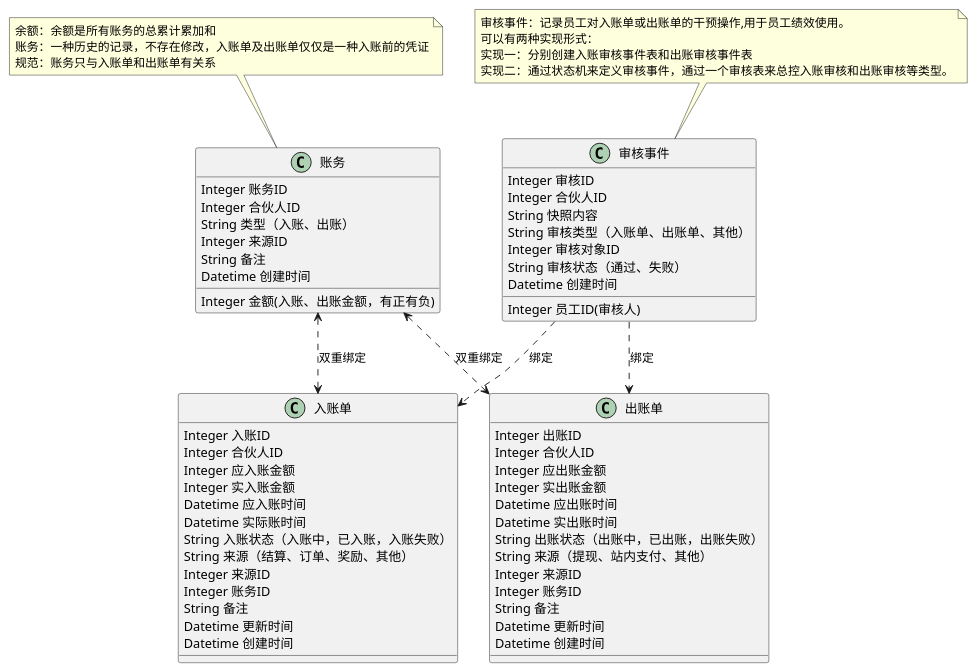
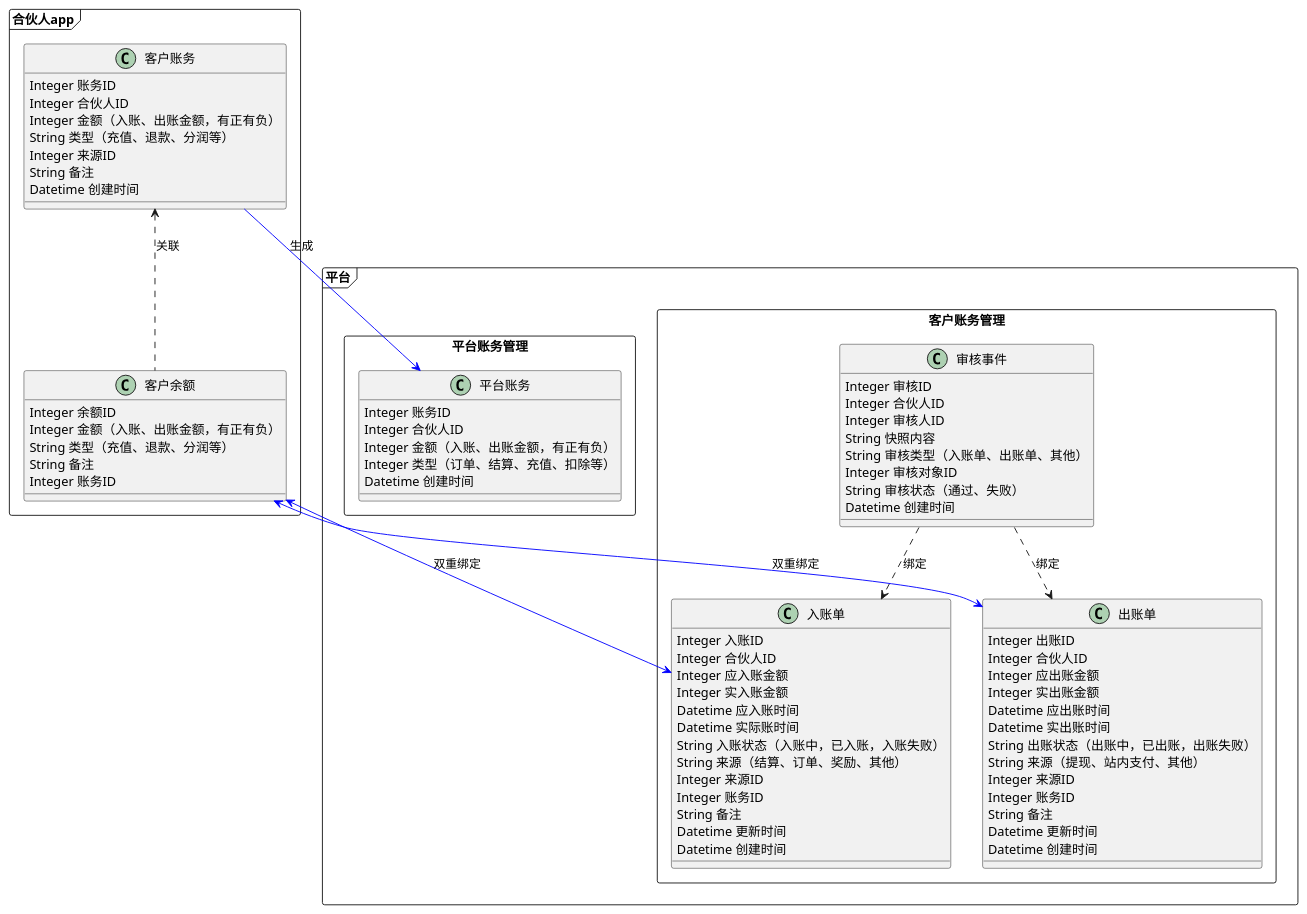
Before and after one commit to yangrongkai/document: the diagram in design/accounting/class-hld.plantuml, drawn with PlantUML. The commit also changed 2 other files, not shown here.

```diff
--- a/design/accounting/class-hld.plantuml
+++ b/design/accounting/class-hld.plantuml
@@ -1,72 +1,96 @@
 @startuml
-class 入账单 {
-    Integer 入账ID
-    Integer 合伙人ID
-    Integer 应入账金额
-    Integer 实入账金额
-    Datetime 应入账时间
-    Datetime 实际账时间
-    String 入账状态（入账中，已入账，入账失败）
-    String 来源（结算、订单、奖励、其他）
-    Integer 来源ID
-    Integer 账务ID
-    String 备注
-    Datetime 更新时间
-    Datetime 创建时间
+
+package 合伙人app <<Frame>> {
+    class 客户余额 {
+        Integer 余额ID
+        Integer 金额（入账、出账金额，有正有负）
+        String 类型（充值、退款、分润等）
+        String 备注
+        Integer 账务ID
+    }
+    
+    class 客户账务 {
+        Integer 账务ID
+        Integer 合伙人ID
+        Integer 金额（入账、出账金额，有正有负）
+        String 类型（充值、退款、分润等）
+        Integer 来源ID
+        String 备注
+        Datetime 创建时间
+    }
+
+
+    客户账务 <.. 客户余额: 关联
 }
 
-class 出账单 {
-    Integer 出账ID
-    Integer 合伙人ID
-    Integer 应出账金额
-    Integer 实出账金额
-    Datetime 应出账时间
-    Datetime 实出账时间
-    String 出账状态（出账中，已出账，出账失败）
-    String 来源（提现、站内支付、其他）
-    Integer 来源ID
-    Integer 账务ID
-    String 备注
-    Datetime 更新时间
-    Datetime 创建时间
+
+package 平台 <<Frame>> {
+
+    package 客户账务管理 <<Rectangle>> {
+    
+        class 入账单 {
+            Integer 入账ID
+            Integer 合伙人ID
+            Integer 应入账金额
+            Integer 实入账金额
+            Datetime 应入账时间
+            Datetime 实际账时间
+            String 入账状态（入账中，已入账，入账失败）
+            String 来源（结算、订单、奖励、其他）
+            Integer 来源ID
+            Integer 账务ID
+            String 备注
+            Datetime 更新时间
+            Datetime 创建时间
+        }
+        
+        class 出账单 {
+            Integer 出账ID
+            Integer 合伙人ID
+            Integer 应出账金额
+            Integer 实出账金额
+            Datetime 应出账时间
+            Datetime 实出账时间
+            String 出账状态（出账中，已出账，出账失败）
+            String 来源（提现、站内支付、其他）
+            Integer 来源ID
+            Integer 账务ID
+            String 备注
+            Datetime 更新时间
+            Datetime 创建时间
+        }
+        
+        
+        class 审核事件 {
+            Integer 审核ID
+            Integer 合伙人ID
+            Integer 审核人ID
+            String 快照内容
+            String 审核类型（入账单、出账单、其他）
+            Integer 审核对象ID
+            String 审核状态（通过、失败）
+            Datetime 创建时间
+        }
+
+
+       	审核事件 ..> 入账单 : 绑定
+        审核事件 ..> 出账单 : 绑定
+    }
+
+
+    package 平台账务管理 <<Rectangle>> {
+        class 平台账务 {
+            Integer 账务ID
+            Integer 合伙人ID
+            Integer 金额（入账、出账金额，有正有负）
+            Integer 类型（订单、结算、充值、扣除等）
+            Datetime 创建时间
+        }
+    }
 }
 
-class 账务 {
-    Integer 账务ID
-    Integer 合伙人ID
-    Integer 金额(入账、出账金额，有正有负)
-    String 类型（入账、出账）
-    Integer 来源ID
-    String 备注
-    Datetime 创建时间
-}
-note top
-余额：余额是所有账务的总累计累加和
-账务：一种历史的记录，不存在修改，入账单及出账单仅仅是一种入账前的凭证
-规范：账务只与入账单和出账单有关系
-end note
-
-class 审核事件 {
-    Integer 审核ID
-    Integer 合伙人ID
-    Integer 员工ID(审核人)
-    String 快照内容
-    String 审核类型（入账单、出账单、其他）
-    Integer 审核对象ID
-    String 审核状态（通过、失败）
-    Datetime 创建时间
-}
-note top
-审核事件：记录员工对入账单或出账单的干预操作,用于员工绩效使用。
-可以有两种实现形式：
-实现一：分别创建入账审核事件表和出账审核事件表
-实现二：通过状态机来定义审核事件，通过一个审核表来总控入账审核和出账审核等类型。
-end note
-
-
-账务 <..> 入账单 : 双重绑定
-账务 <..> 出账单 : 双重绑定
-审核事件 ..> 入账单 : 绑定
-审核事件 ..> 出账单 : 绑定
+客户余额 <-[#blue]-> 入账单 : 双重绑定
+客户余额 <-[#blue]-> 出账单 : 双重绑定
+客户账务 -[#blue]-> 平台账务: 生成
 
 @enduml
```
